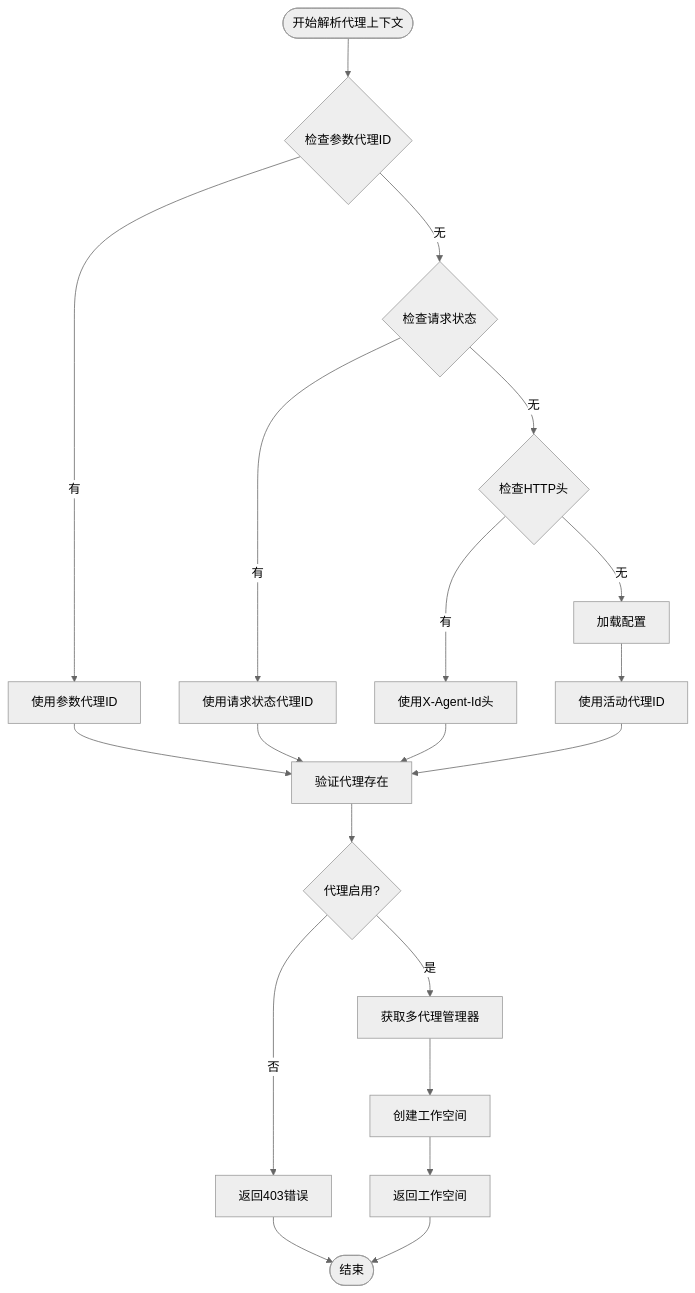
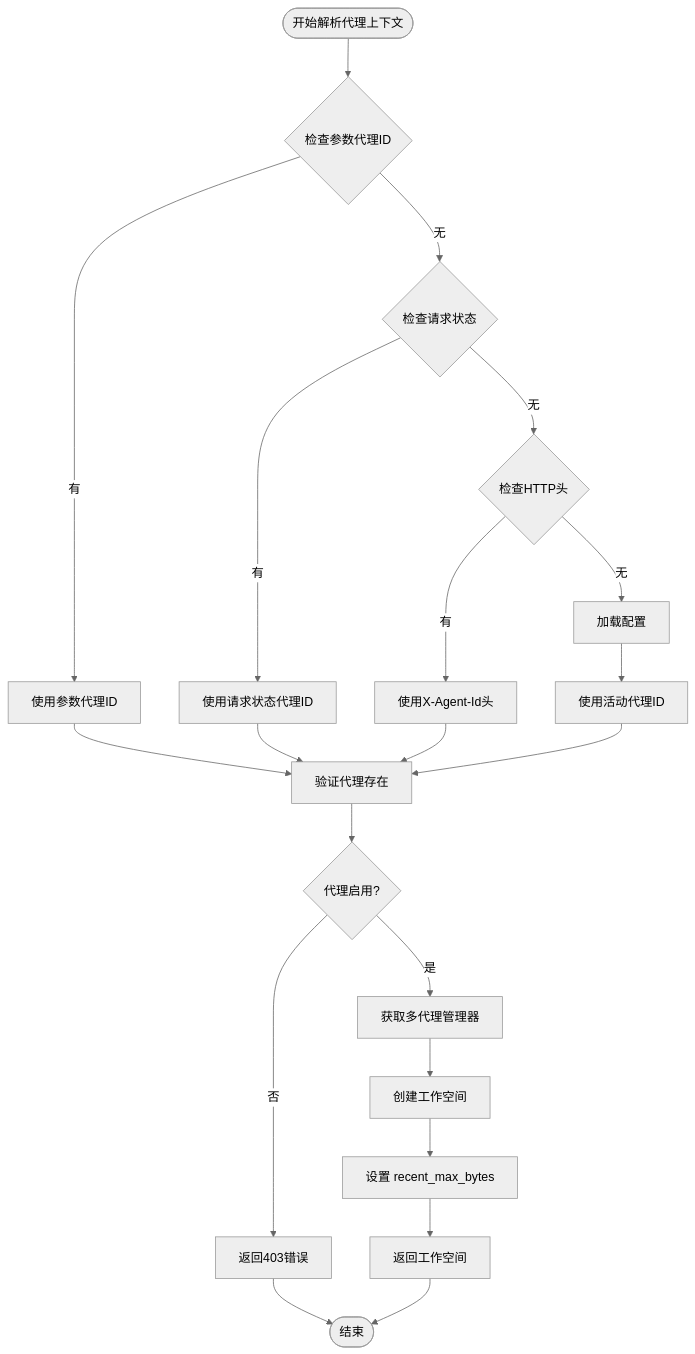
One commit to livehl/CoPaw changed the fifth of 10 diagrams in .qoder/repowiki/zh/content/后端核心模块/上下文管理重构.md. Above: the diagram before and after it, drawn with Mermaid (neutral theme). The commit also changed other lines of this file and 12 other files, not shown here.

````diff
--- a/.qoder/repowiki/zh/content/后端核心模块/上下文管理重构.md
+++ b/.qoder/repowiki/zh/content/后端核心模块/上下文管理重构.md
@@ -211,22 +257,23 @@
 ```mermaid
 flowchart TD
 Start([开始解析代理上下文]) --> CheckParam{检查参数代理ID}
 CheckParam --> |有| UseParam[使用参数代理ID]
 CheckParam --> |无| CheckState{检查请求状态}
 CheckState --> |有| UseState[使用请求状态代理ID]
 CheckState --> |无| CheckHeader{检查HTTP头}
 CheckHeader --> |有| UseHeader[使用X-Agent-Id头]
 CheckHeader --> |无| LoadConfig[加载配置]
 LoadConfig --> UseActive[使用活动代理ID]
 UseParam --> ValidateAgent[验证代理存在]
 UseState --> ValidateAgent
 UseHeader --> ValidateAgent
 UseActive --> ValidateAgent
 ValidateAgent --> CheckEnabled{代理启用?}
 CheckEnabled --> |否| Raise403[返回403错误]
 CheckEnabled --> |是| GetManager[获取多代理管理器]
 GetManager --> CreateWorkspace[创建工作空间]
-CreateWorkspace --> ReturnWorkspace[返回工作空间]
+CreateWorkspace --> SetRecentMaxBytes[设置 recent_max_bytes]
+SetRecentMaxBytes --> ReturnWorkspace[返回工作空间]
 Raise403 --> End([结束])
 ReturnWorkspace --> End
 ```
````
